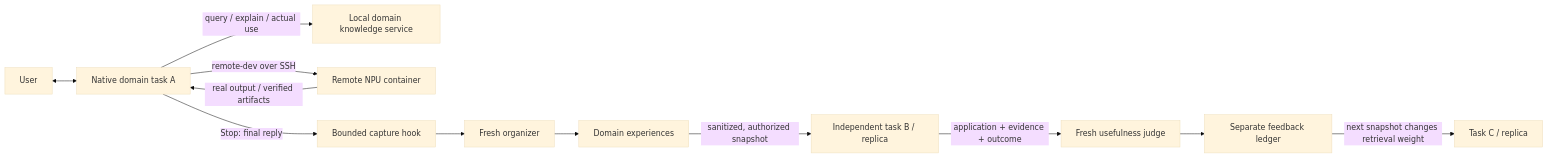
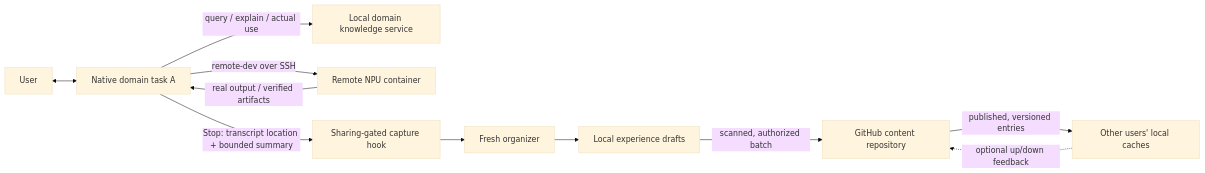
One commit to mindie-agent/mindie-agent-codex changed the diagram in README.md. Above: the diagram before and after it, drawn with Mermaid (base theme). The commit also changed other lines of this file and 135 other files, not shown here.

````diff
--- a/README.md
+++ b/README.md
@@ -8,14 +11,13 @@
 ```mermaid
 flowchart LR
   U[User] <--> A[Native domain task A]
   A -->|query / explain / actual use| K[Local domain knowledge service]
   A -->|remote-dev over SSH| N[Remote NPU container]
   N -->|real output / verified artifacts| A
-  A -->|Stop: final reply| H[Bounded capture hook]
+  A -->|Stop: transcript location + bounded summary| H[Sharing-gated capture hook]
   H --> O[Fresh organizer]
-  O --> E[Domain experiences]
-  E -->|sanitized, authorized snapshot| B[Independent task B / replica]
-  B -->|application + evidence + outcome| J[Fresh usefulness judge]
-  J --> F[Separate feedback ledger]
-  F -->|next snapshot changes retrieval weight| C[Task C / replica]
+  O --> E[Local experience drafts]
+  E -->|scanned, authorized batch| B[GitHub content repository]
+  B -->|published, versioned entries| C[Other users' local caches]
+  C -.->|optional up/down feedback| B
 ```
````
